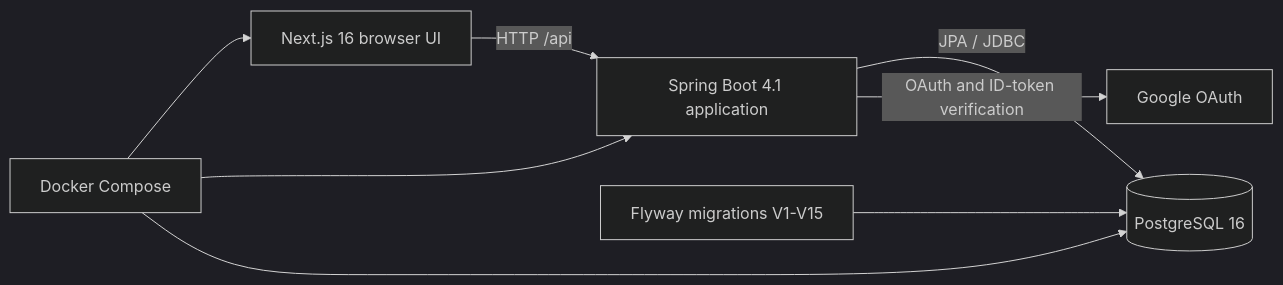
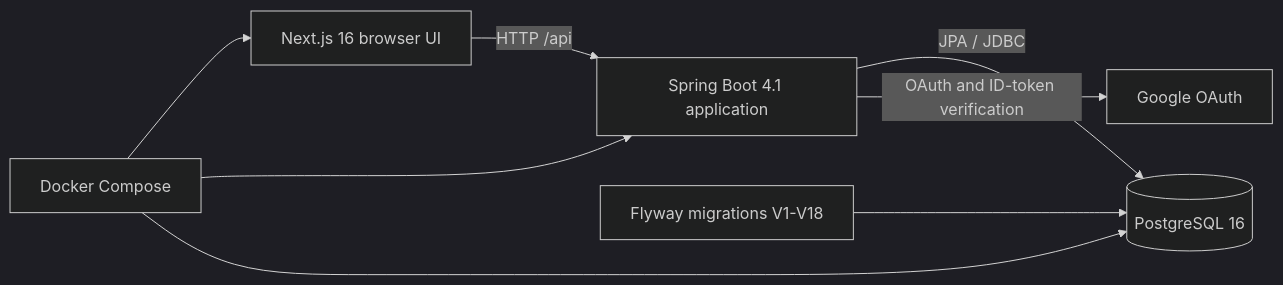
Before and after one commit to NGUYENTHANHDATHH/NEU-Debate-Club: the diagram in docs/architecture.md, drawn with Mermaid (dark theme). The commit also changed other lines of this file and 16 other files, not shown here.

````diff
--- a/docs/architecture.md
+++ b/docs/architecture.md
@@ -13,10 +13,10 @@
 ```mermaid
 flowchart LR
   Browser[Next.js 16 browser UI] -->|HTTP /api| API[Spring Boot 4.1 application]
   API -->|JPA / JDBC| DB[(PostgreSQL 16)]
   API -->|OAuth and ID-token verification| Google[Google OAuth]
   Compose[Docker Compose] --> Browser
   Compose --> API
   Compose --> DB
-  Flyway[Flyway migrations V1-V15] --> DB
+  Flyway[Flyway migrations V1-V18] --> DB
 ```
````
